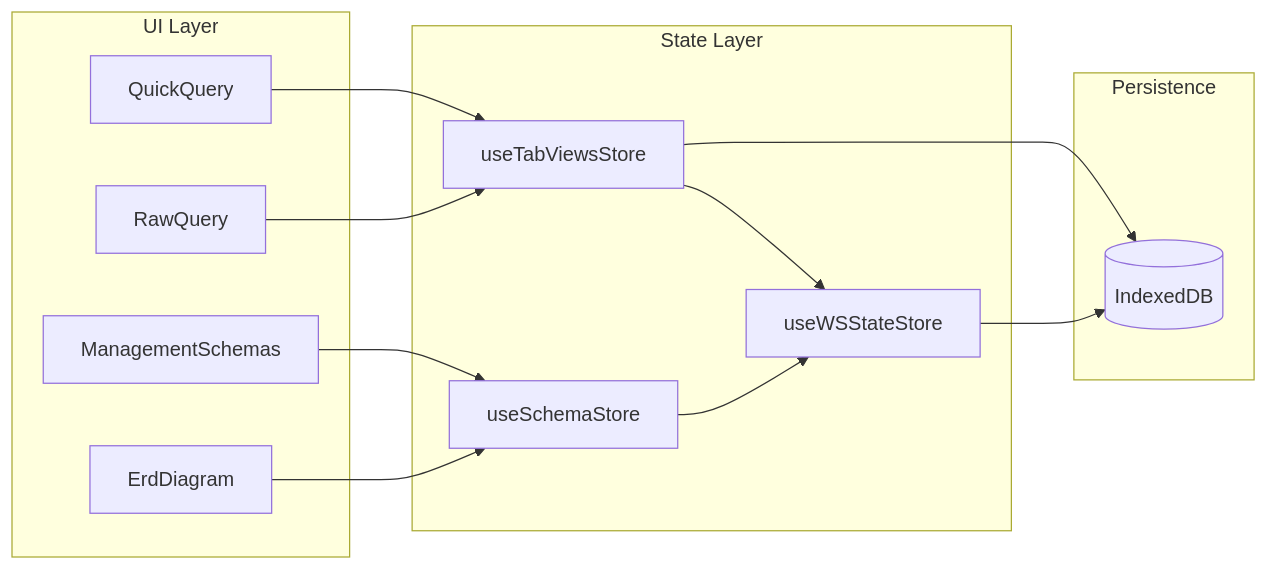
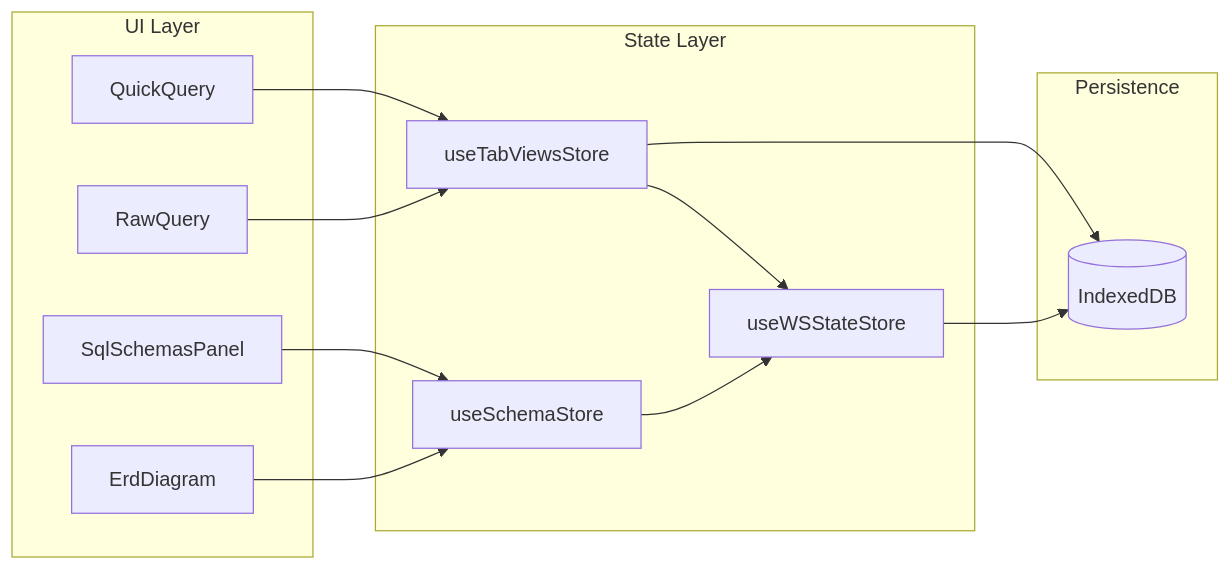
Before and after one commit to cin12211/orca-q: diagram 15 of 15 in docs/MODULE_FLOWS.md, drawn with Mermaid. The commit also changed other lines of this file and 10 other files, not shown here.

First line of the commit message:
docs: document the primary sidebar flow and the driver layout

````diff
--- a/docs/MODULE_FLOWS.md
+++ b/docs/MODULE_FLOWS.md
@@ -447,30 +447,30 @@
 ```mermaid
 flowchart LR
     subgraph "UI Layer"
         A[QuickQuery]
         B[RawQuery]
-        C[ManagementSchemas]
+        C[SqlSchemasPanel]
         D[ErdDiagram]
     end
 
     subgraph "State Layer"
         E[useTabViewsStore]
         F[useSchemaStore]
         G[useWSStateStore]
     end
 
     subgraph "Persistence"
         H[(IndexedDB)]
     end
 
     A --> E
     B --> E
     C --> F
     D --> F
 
     E --> G
     F --> G
 
     G --> H
     E --> H
 ```
````
